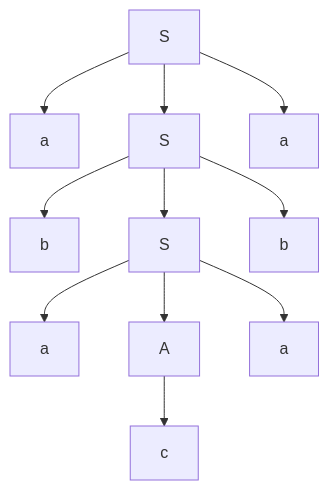
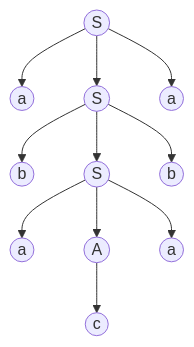
Before and after one commit to 3dl3rw0lf/ssl: the first of 18 diagrams in t_p/TRABAJO PRÁCTICO_parte_b.md, drawn with Mermaid. The commit also changed other lines of this file and 1 other file, not shown here.

````diff
--- a/t_p/TRABAJO PRÁCTICO_parte_b.md
+++ b/t_p/TRABAJO PRÁCTICO_parte_b.md
@@ -68,13 +89,13 @@
 ```mermaid
 graph TD;
-        A[S] --> B[a];
-        A[S] --> D[S];
-        A[S] --> C[a];
-        D[S] --> E[b];
-        D[S] --> F[S];
-        D[S] --> G[b];
-        F[S] --> H[a];
-        F[S] --> I[A];
-        F[S] --> J[a];
-        I[A] --> K[c];
+        A((S)) --> B((a));
+        A((S)) --> D((S));
+        A((S)) --> C((a));
+        D((S)) --> E((b));
+        D((S)) --> F((S));
+        D((S)) --> G((b));
+        F((S)) --> H((a));
+        F((S)) --> I((A));
+        F((S)) --> J((a));
+        I((A)) --> K((c));
 ```
````
